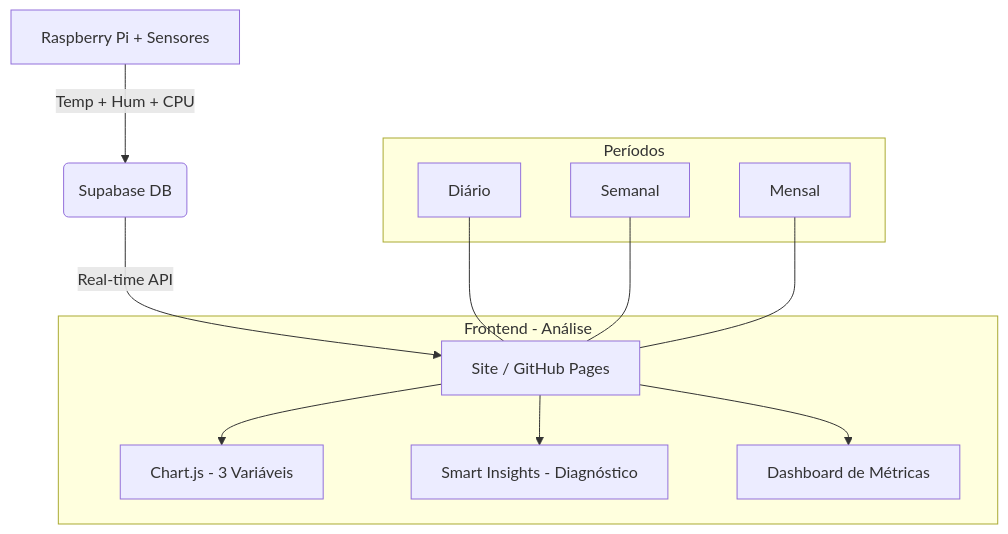
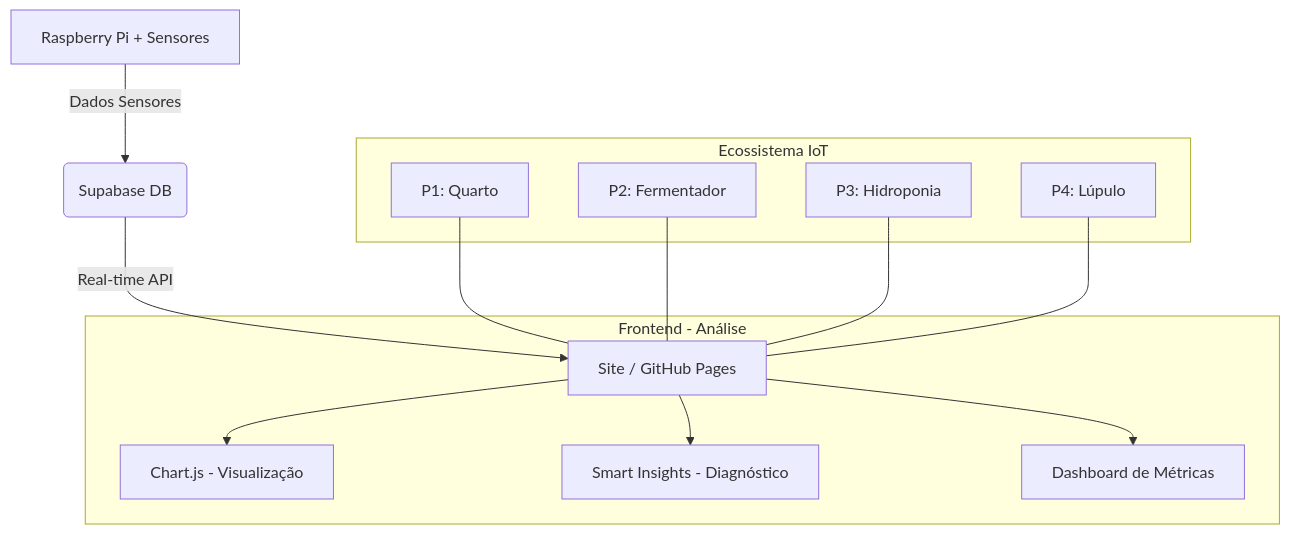
The diagram in README.md (nandopf/meu-site), drawn with Mermaid before and after one commit. The commit also changed other lines of this file and 2 other files, not shown here.

````diff
--- a/README.md
+++ b/README.md
@@ -15,15 +23,16 @@
 ```mermaid
 graph TD
-    A[Raspberry Pi + Sensores] -->|Temp + Hum + CPU| B(Supabase DB)
+    A[Raspberry Pi + Sensores] -->|Dados Sensores| B(Supabase DB)
     B -->|Real-time API| C[Site / GitHub Pages]
     subgraph Frontend - Análise
-        C --> D[Chart.js - 3 Variáveis]
+        C --> D[Chart.js - Visualização]
         C --> E[Smart Insights - Diagnóstico]
         C --> F[Dashboard de Métricas]
     end
-    subgraph Períodos
-        G[Diário] --- C
-        H[Semanal] --- C
-        I[Mensal] --- C
+    subgraph Ecossistema IoT
+        P1[P1: Quarto] --- C
+        P2[P2: Fermentador] --- C
+        P3[P3: Hidroponia] --- C
+        P4[P4: Lúpulo] --- C
     end
 ```
````
